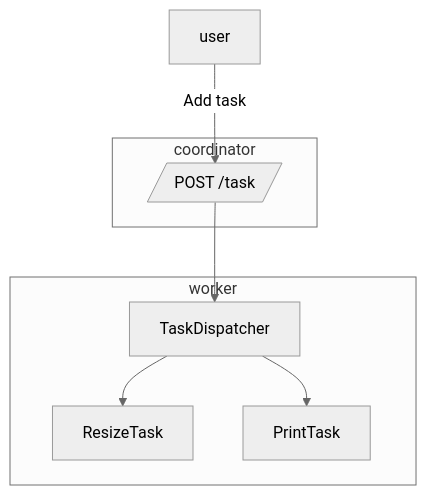
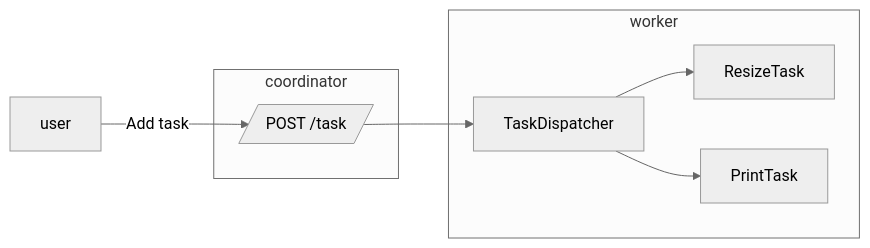
One commit to jotitan/formation-golang changed the diagram in atelier5.md. Above: the diagram before and after it, drawn with Mermaid (neutral theme). The commit also changed other lines of this file and 3 other files, not shown here.

````diff
--- a/atelier5.md
+++ b/atelier5.md
@@ -16,15 +16,15 @@
 ```mermaid
-    flowchart TD;
+    flowchart LR;
     
     subgraph coordinator
     TaskManager
     end
     
     user--Add task-->TaskManager
     TaskManager[/POST /task/]-->TaskDispatcher
     
     subgraph worker
         TaskDispatcher-->ResizeTask
         TaskDispatcher-->PrintTask
     end
 ```
````
